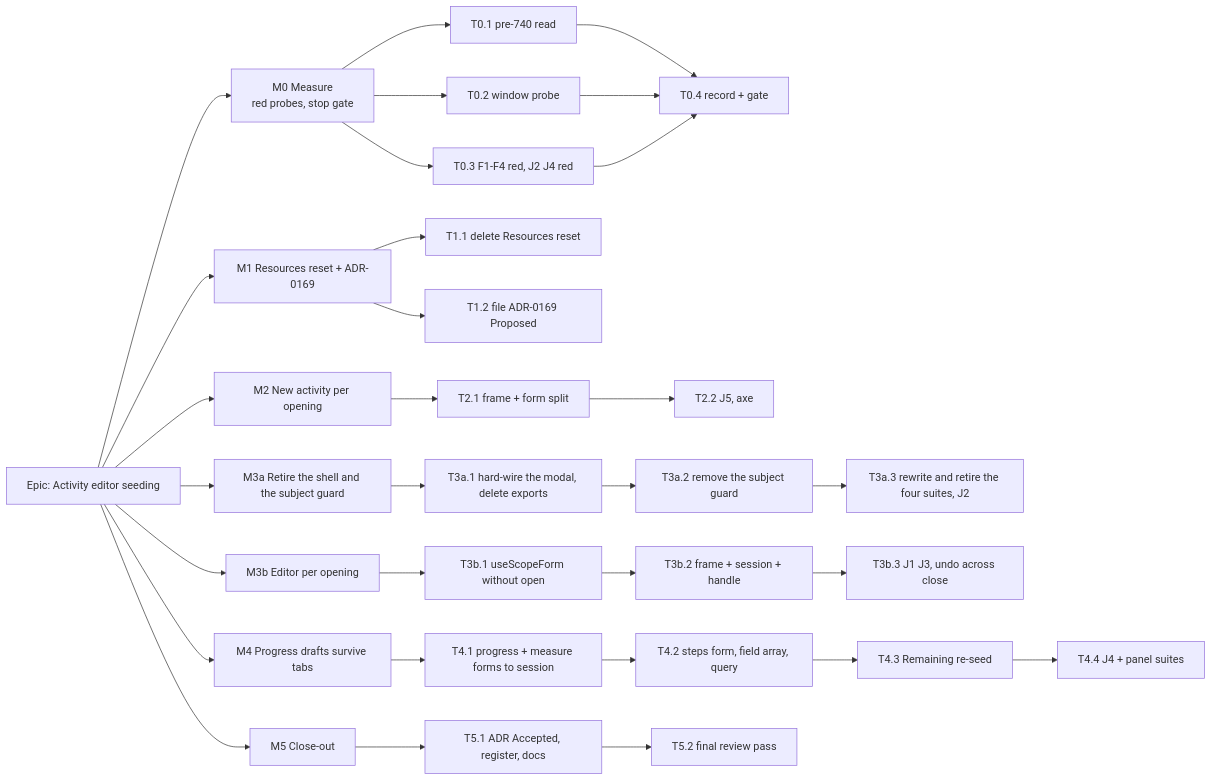
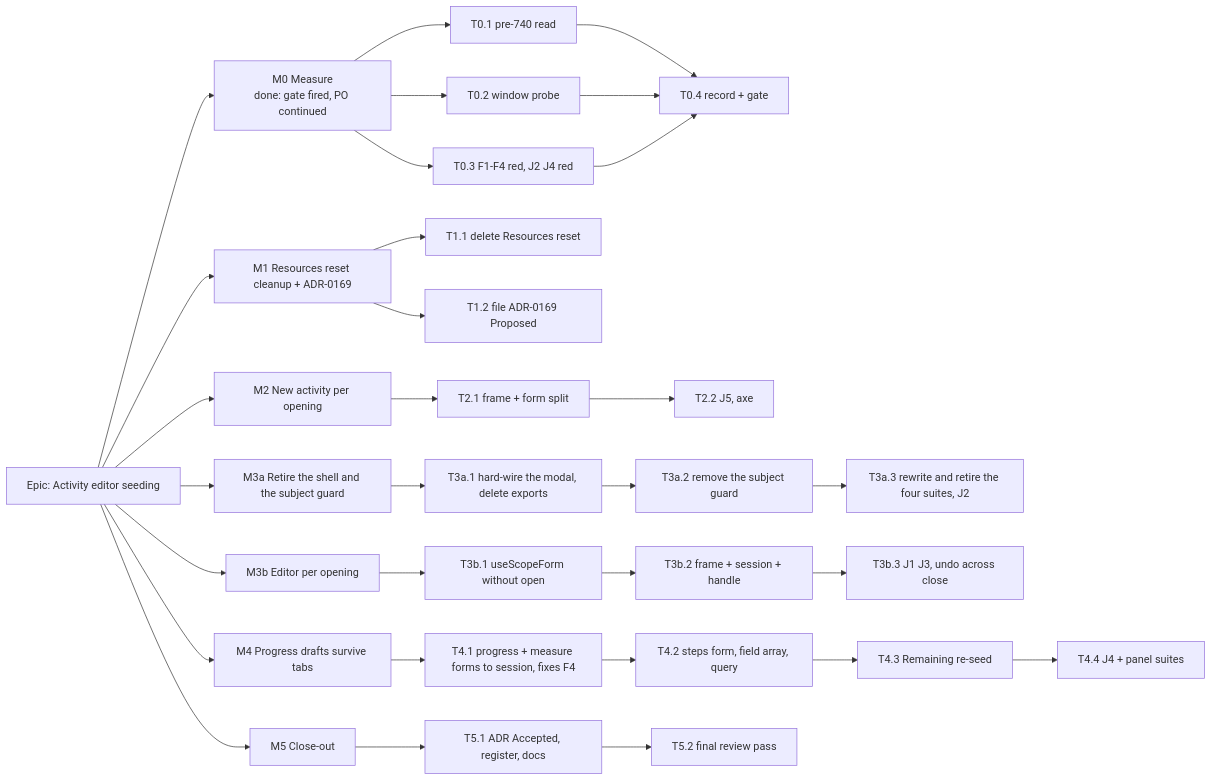
The diagram in docs/specs/activity-editor-seeding/implementation-plan.md (HuttonHomeHub/SchedulePoint_1), drawn with Mermaid before and after one commit. The commit also changed other lines of this file and 60 other files, not shown here.

Commit message:
fix(web): build the activity editor fresh for each opening (ADR-0169) (#753)

````diff
--- a/docs/specs/activity-editor-seeding/implementation-plan.md
+++ b/docs/specs/activity-editor-seeding/implementation-plan.md
@@ -13,17 +18,17 @@
 ```mermaid
 flowchart LR
-  E[Epic: Activity editor seeding] --> M0[M0 Measure<br/>red probes, stop gate]
-  E --> M1[M1 Resources reset + ADR-0169]
+  E[Epic: Activity editor seeding] --> M0[M0 Measure<br/>done: gate fired, PO continued]
+  E --> M1[M1 Resources reset cleanup + ADR-0169]
   E --> M2[M2 New activity per opening]
   E --> M3a[M3a Retire the shell and the subject guard]
   E --> M3b[M3b Editor per opening]
   E --> M4[M4 Progress drafts survive tabs]
   E --> M5[M5 Close-out]
   M0 --> T01[T0.1 pre-740 read] & T02[T0.2 window probe] & T03[T0.3 F1-F4 red, J2 J4 red] --> T04[T0.4 record + gate]
   M1 --> T11[T1.1 delete Resources reset] & T12[T1.2 file ADR-0169 Proposed]
   M2 --> T21[T2.1 frame + form split] --> T22[T2.2 J5, axe]
   M3a --> T3a1[T3a.1 hard-wire the modal, delete exports] --> T3a2[T3a.2 remove the subject guard] --> T3a3[T3a.3 rewrite and retire the four suites, J2]
   M3b --> T3b1[T3b.1 useScopeForm without open] --> T3b2[T3b.2 frame + session + handle] --> T3b3[T3b.3 J1 J3, undo across close]
-  M4 --> T41[T4.1 progress + measure forms to session] --> T42[T4.2 steps form, field array, query] --> T43[T4.3 Remaining re-seed] --> T44[T4.4 J4 + panel suites]
+  M4 --> T41[T4.1 progress + measure forms to session, fixes F4] --> T42[T4.2 steps form, field array, query] --> T43[T4.3 Remaining re-seed] --> T44[T4.4 J4 + panel suites]
   M5 --> T51[T5.1 ADR Accepted, register, docs] --> T52[T5.2 final review pass]
 ```
````
